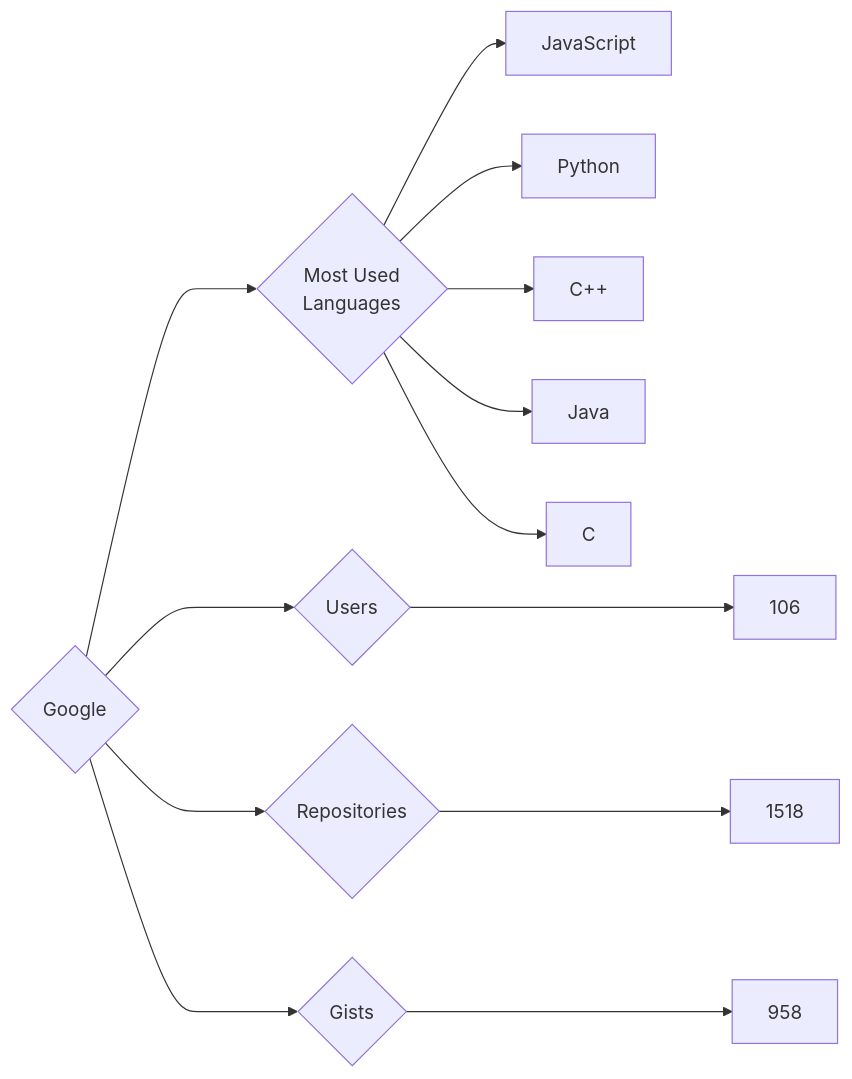
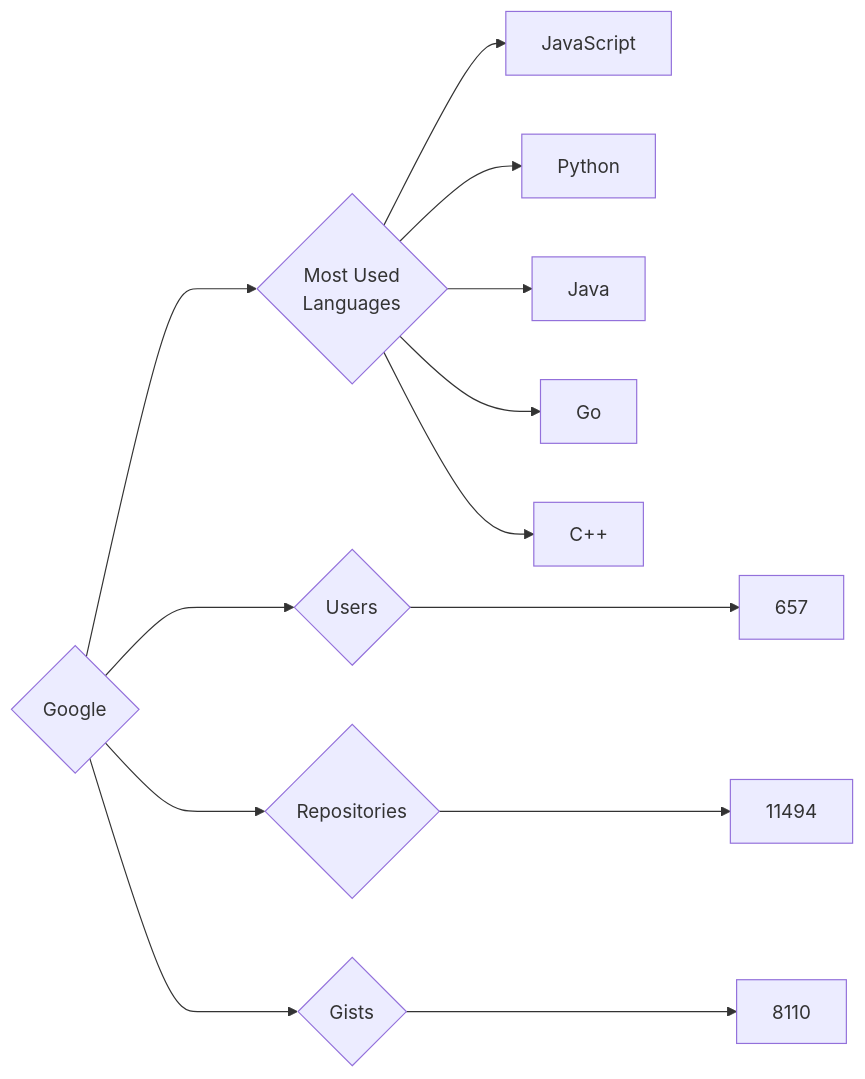
Before and after one commit to trickest/insiders: the diagram in targets/Google/README.md, drawn with Mermaid. The commit also changed 916 other files, not shown here.

````diff
--- a/targets/Google/README.md
+++ b/targets/Google/README.md
@@ -3,13 +3,13 @@
 ```mermaid
 graph LR
 COMPANY_NAME{Google}
-COMPANY_NAME ---> U{Users} ---> UN[106]
-COMPANY_NAME ---> R{Repositories} ---> RN[1518]
-COMPANY_NAME ---> G{Gists} ---> GN[958]
+COMPANY_NAME ---> U{Users} ---> UN[657]
+COMPANY_NAME ---> R{Repositories} ---> RN[11494]
+COMPANY_NAME ---> G{Gists} ---> GN[8110]
 COMPANY_NAME ---> ML{Most Used<br>Languages}
 ML --> JavaScript[JavaScript]
 ML --> Python[Python]
+ML --> Java[Java]
+ML --> Go[Go]
 ML --> C++[C++]
-ML --> Java[Java]
-ML --> C[C]
 ```
````
